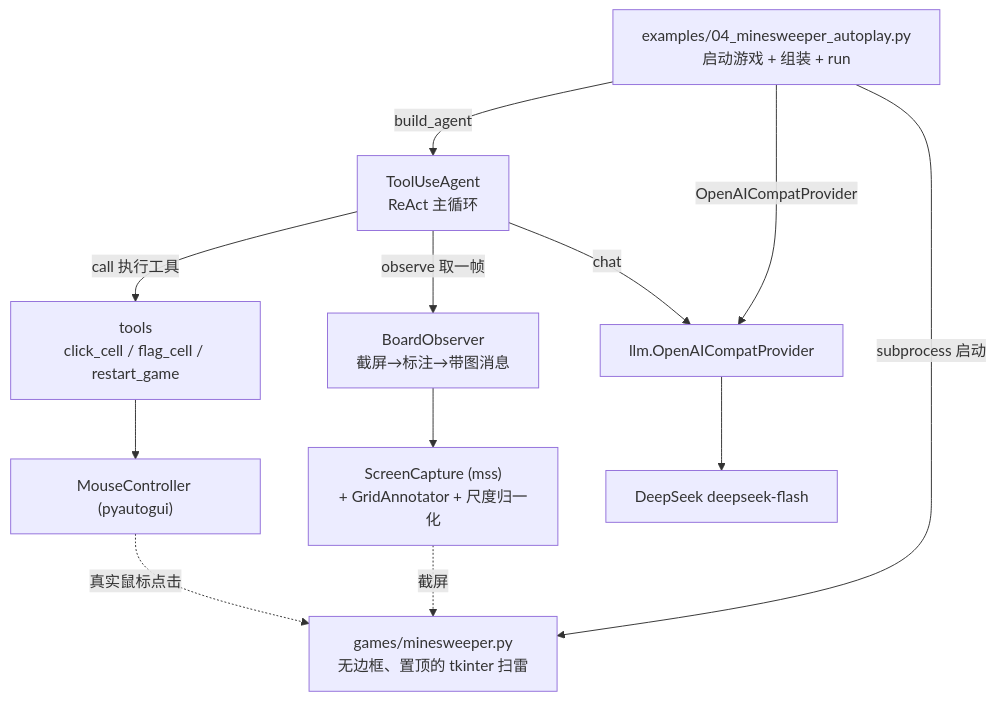
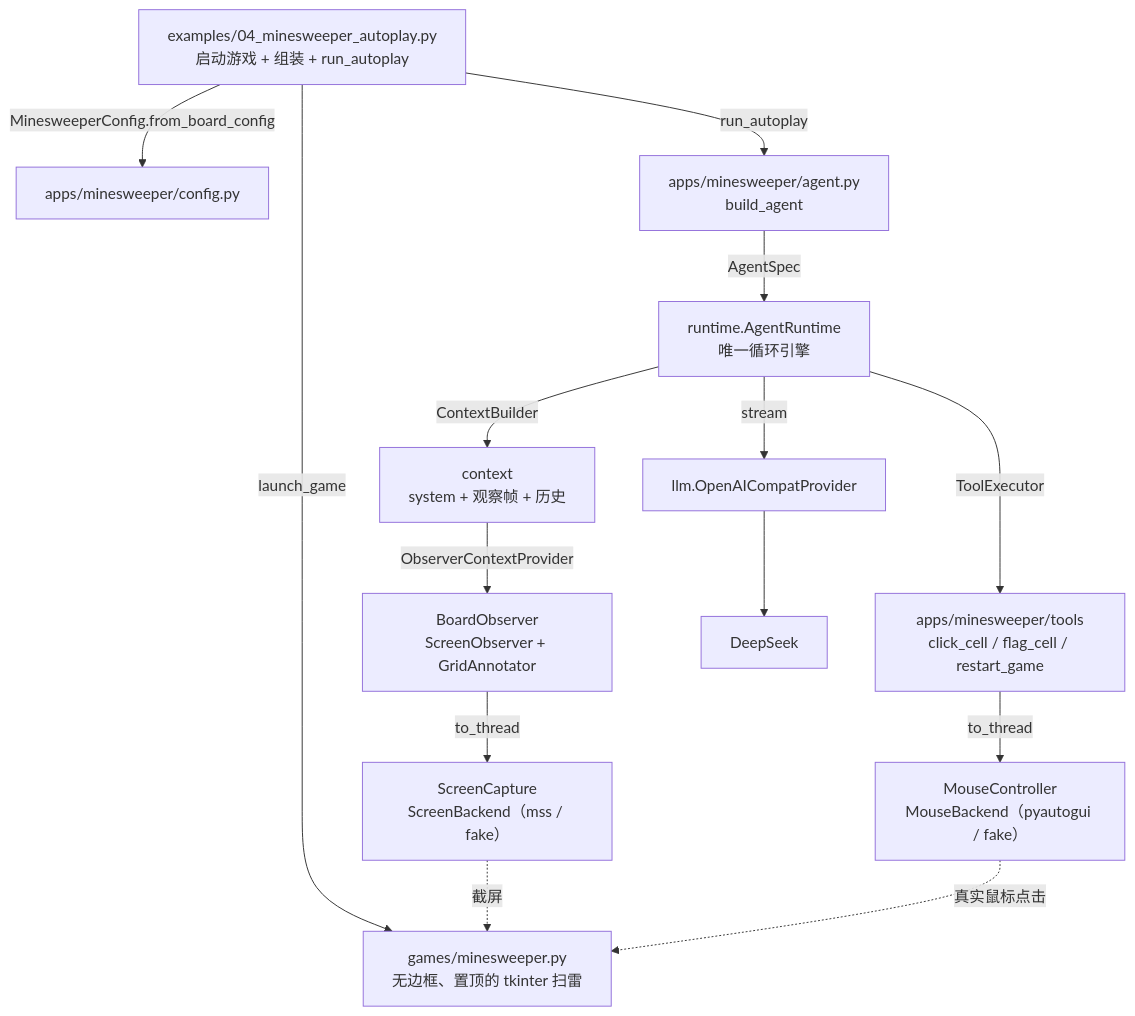
The first of 3 diagrams in docs/minesweeper-agent-flow.md (bluesky1024/fm_agent_frame), drawn with Mermaid before and after one commit. The commit also changed other lines of this file and 12 other files, not shown here.

````diff
--- a/docs/minesweeper-agent-flow.md
+++ b/docs/minesweeper-agent-flow.md
@@ -8,15 +8,17 @@
 ```mermaid
 flowchart TD
-    EX["examples/04_minesweeper_autoplay.py<br/>启动游戏 + 组装 + run"]
-    EX -->|subprocess 启动| GAME["games/minesweeper.py<br/>无边框、置顶的 tkinter 扫雷"]
-    EX -->|build_agent| AGENT["ToolUseAgent<br/>ReAct 主循环"]
-    EX -->|OpenAICompatProvider| LLM["llm.OpenAICompatProvider"]
-    AGENT -->|observe 取一帧| OBS["BoardObserver<br/>截屏→标注→带图消息"]
-    AGENT -->|chat| LLM
-    AGENT -->|call 执行工具| TOOLS["tools<br/>click_cell / flag_cell / restart_game"]
-    OBS --> CAP["ScreenCapture (mss)<br/>+ GridAnnotator + 尺度归一化"]
+    EX["examples/04_minesweeper_autoplay.py<br/>启动游戏 + 组装 + run_autoplay"]
+    EX -->|launch_game| GAME["games/minesweeper.py<br/>无边框、置顶的 tkinter 扫雷"]
+    EX -->|MinesweeperConfig.from_board_config| CFG["apps/minesweeper/config.py"]
+    EX -->|run_autoplay| APP["apps/minesweeper/agent.py<br/>build_agent"]
+    APP -->|AgentSpec| RT["runtime.AgentRuntime<br/>唯一循环引擎"]
+    RT -->|ContextBuilder| CTX["context<br/>system + 观察帧 + 历史"]
+    CTX -->|ObserverContextProvider| OBS["BoardObserver<br/>ScreenObserver + GridAnnotator"]
+    OBS -->|to_thread| CAP["ScreenCapture<br/>ScreenBackend（mss / fake）"]
     CAP -.截屏.-> GAME
-    TOOLS --> MOUSE["MouseController (pyautogui)"]
+    RT -->|stream| LLM["llm.OpenAICompatProvider"]
+    RT -->|ToolExecutor| TOOLS["apps/minesweeper/tools<br/>click_cell / flag_cell / restart_game"]
+    TOOLS -->|to_thread| MOUSE["MouseController<br/>MouseBackend（pyautogui / fake）"]
     MOUSE -.真实鼠标点击.-> GAME
-    LLM --> API["DeepSeek deepseek-flash"]
+    LLM --> API["DeepSeek"]
 ```
````
